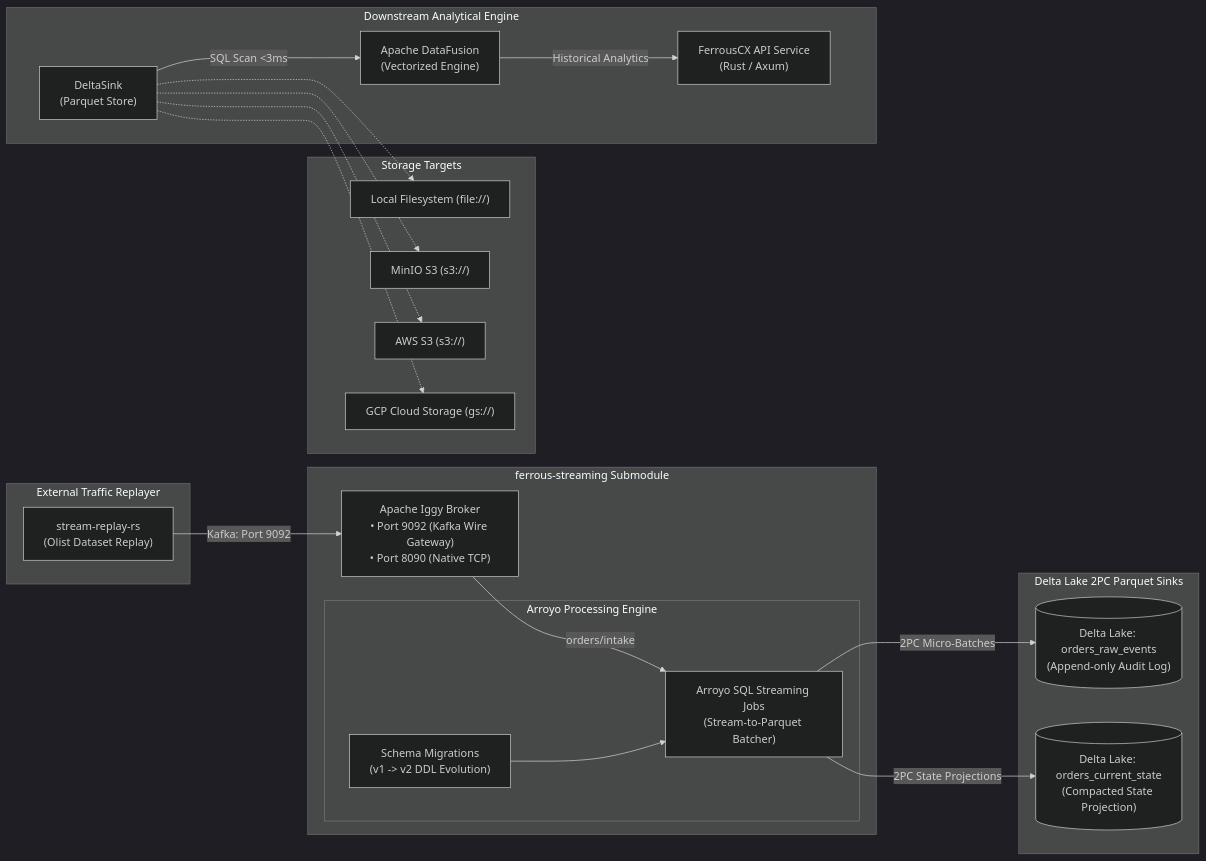
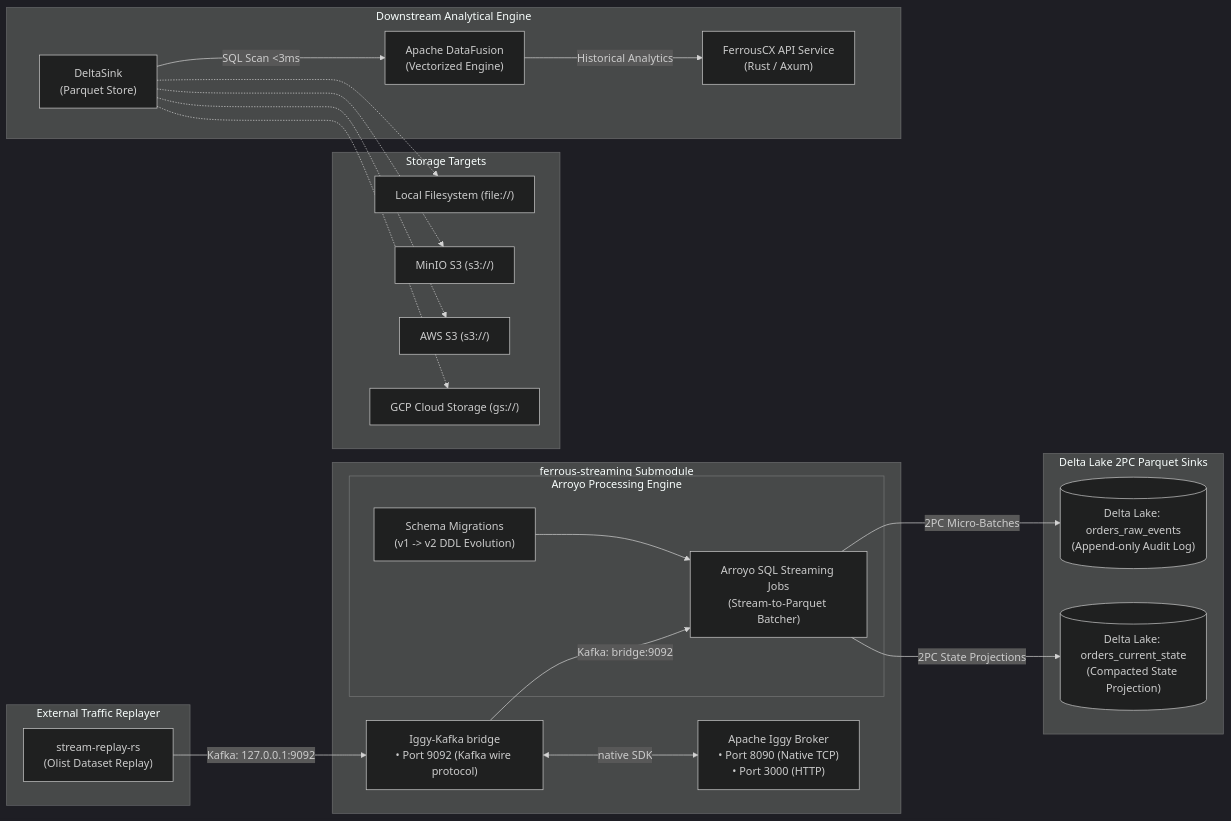
One commit to reidlai/ferrous-streaming changed the diagram in README.md. Above: the diagram before and after it, drawn with Mermaid (dark theme). The commit also changed other lines of this file and 13 other files, not shown here.

First line of the commit message:
feat(bridge): configure the Iggy-Kafka bridge for Arroyo and the replayer (Stories 3.13 and 3.14)

````diff
--- a/README.md
+++ b/README.md
@@ -19,47 +19,49 @@
 ```mermaid
 flowchart LR
     subgraph Ingestion_Source ["External Traffic Replayer"]
         Replayer["stream-replay-rs<br/>(Olist Dataset Replay)"]
     end
 
     subgraph Streaming_Submodule ["ferrous-streaming Submodule"]
-        Iggy["Apache Iggy Broker<br/>• Port 9092 (Kafka Wire Gateway)<br/>• Port 8090 (Native TCP)"]
+        Bridge["Iggy-Kafka bridge<br/>• Port 9092 (Kafka wire protocol)"]
+        Iggy["Apache Iggy Broker<br/>• Port 8090 (Native TCP)<br/>• Port 3000 (HTTP)"]
         
         subgraph Arroyo_Engine ["Arroyo Processing Engine"]
             Migrations["Schema Migrations<br/>(v1 -> v2 DDL Evolution)"]
             SQLPipeline["Arroyo SQL Streaming Jobs<br/>(Stream-to-Parquet Batcher)"]
         end
     end
 
     subgraph Storage ["Delta Lake 2PC Parquet Sinks"]
         DeltaRaw[("Delta Lake: orders_raw_events<br/>(Append-only Audit Log)")]
         DeltaState[("Delta Lake: orders_current_state<br/>(Compacted State Projection)")]
     end
 
     subgraph Storage_Targets ["Storage Targets"]
         Local["Local Filesystem (file://)"]
         MinIO["MinIO S3 (s3://)"]
         AWSS3["AWS S3 (s3://)"]
         GCS["GCP Cloud Storage (gs://)"]
     end
 
     subgraph Downstream_Consumption ["Downstream Analytical Engine"]
         DeltaSink["DeltaSink<br/>(Parquet Store)"]
         DataFusion["Apache DataFusion<br/>(Vectorized Engine)"]
         ApiService["FerrousCX API Service<br/>(Rust / Axum)"]
     end
 
-    Replayer -->|Kafka: Port 9092| Iggy
-    Iggy -->|orders/intake| SQLPipeline
+    Replayer -->|Kafka: 127.0.0.1:9092| Bridge
+    Bridge <-->|native SDK| Iggy
+    Bridge -->|Kafka: bridge:9092| SQLPipeline
     Migrations --> SQLPipeline
     SQLPipeline -->|2PC Micro-Batches| DeltaRaw
     SQLPipeline -->|2PC State Projections| DeltaState
 
     DeltaSink -.-> Local
     DeltaSink -.-> MinIO
     DeltaSink -.-> AWSS3
     DeltaSink -.-> GCS
 
     DeltaSink -->|SQL Scan &lt;3ms| DataFusion
     DataFusion -->|Historical Analytics| ApiService
 ```
````
